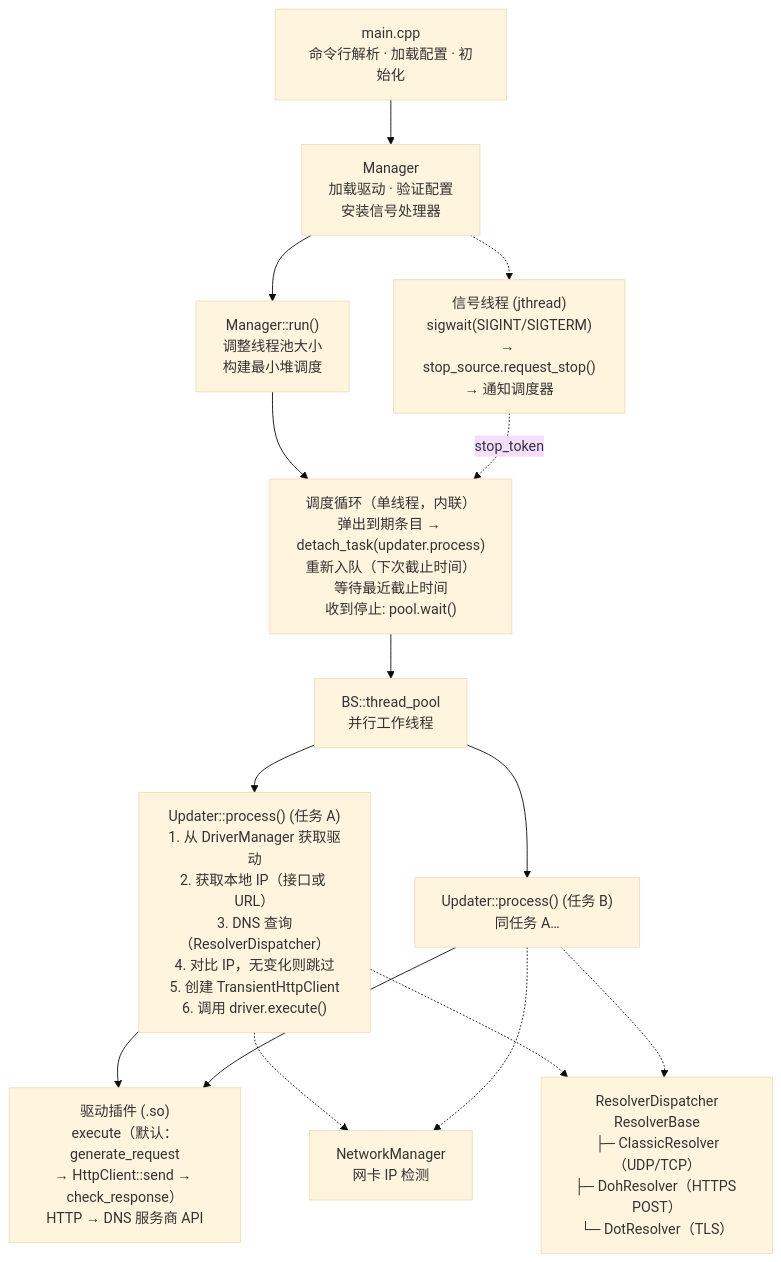
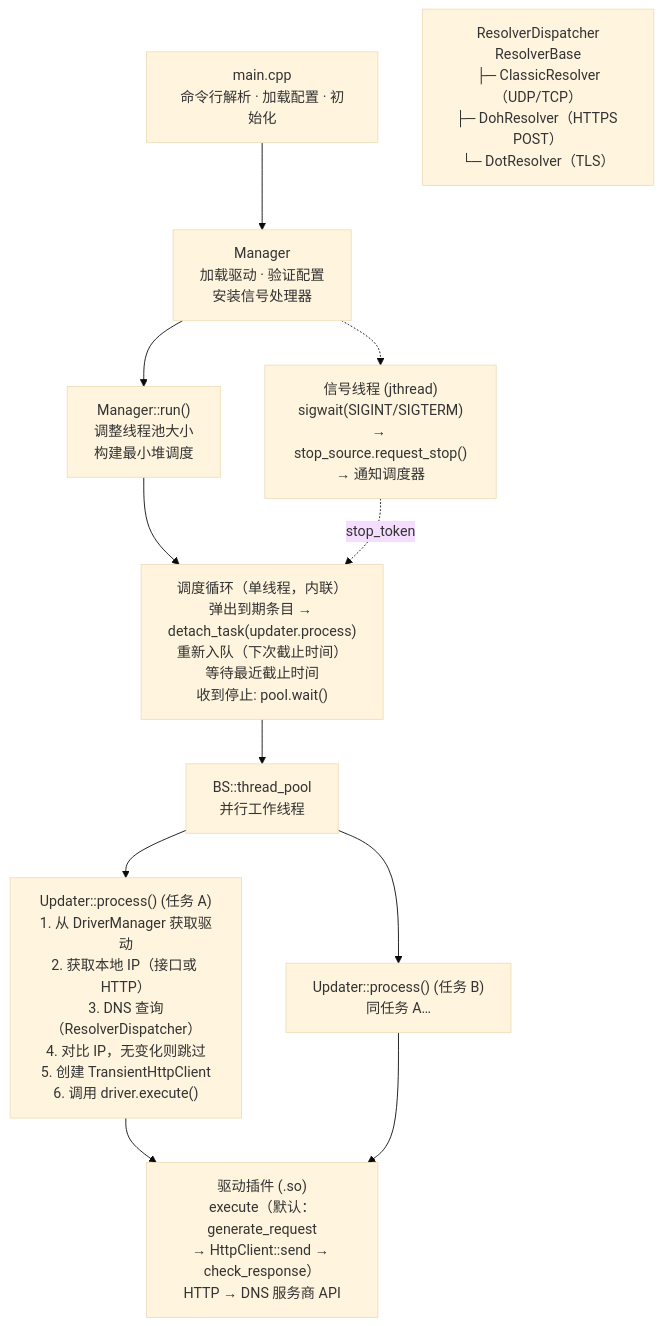
Before and after one commit to CyberKoo/yaddnsc: the diagram in README_CN.md, drawn with Mermaid (base theme). The commit also changed other lines of this file and 22 other files, not shown here.

First line of the commit message:
Refactor: decouple IP source resolution from the Updater and remove NetworkManager

````diff
--- a/README_CN.md
+++ b/README_CN.md
@@ -26,57 +26,51 @@
 ```mermaid
 flowchart TB
     main["main.cpp
 命令行解析 · 加载配置 · 初始化"]
     mgr["Manager
 加载驱动 · 验证配置
 安装信号处理器"]
     run["Manager::run()
 调整线程池大小
 构建最小堆调度"]
     sched["调度循环（单线程，内联）
 弹出到期条目 → detach_task(updater.process)
 重新入队（下次截止时间）
 等待最近截止时间
 收到停止: pool.wait()"]
     signal["信号线程 (jthread)
 sigwait(SIGINT/SIGTERM)
 → stop_source.request_stop()
 → 通知调度器"]
     pool["BS::thread_pool
 并行工作线程"]
     updaterA["Updater::process() (任务 A)
 1. 从 DriverManager 获取驱动
-2. 获取本地 IP（接口或 URL）
+2. 获取本地 IP（接口或 HTTP）
 3. DNS 查询（ResolverDispatcher）
 4. 对比 IP，无变化则跳过
 5. 创建 TransientHttpClient
 6. 调用 driver.execute()"]
     updaterB["Updater::process() (任务 B)
 同任务 A…"]
     driver["驱动插件 (.so)
 execute（默认：generate_request
 → HttpClient::send → check_response）
 HTTP → DNS 服务商 API"]
-    net["NetworkManager
-网卡 IP 检测"]
     dns["ResolverDispatcher
 ResolverBase
 ├─ ClassicResolver（UDP/TCP）
 ├─ DohResolver（HTTPS POST）
 └─ DotResolver（TLS）"]
 
     main --> mgr
     mgr --> run
     run --> sched
     mgr -.-> signal
     signal -.->|stop_token| sched
     sched --> pool
     pool --> updaterA
     pool --> updaterB
     updaterA --> driver
     updaterB --> driver
-    updaterA -.-> net
-    updaterB -.-> net
-    updaterA -.-> dns
-    updaterB -.-> dns
 ```
````
